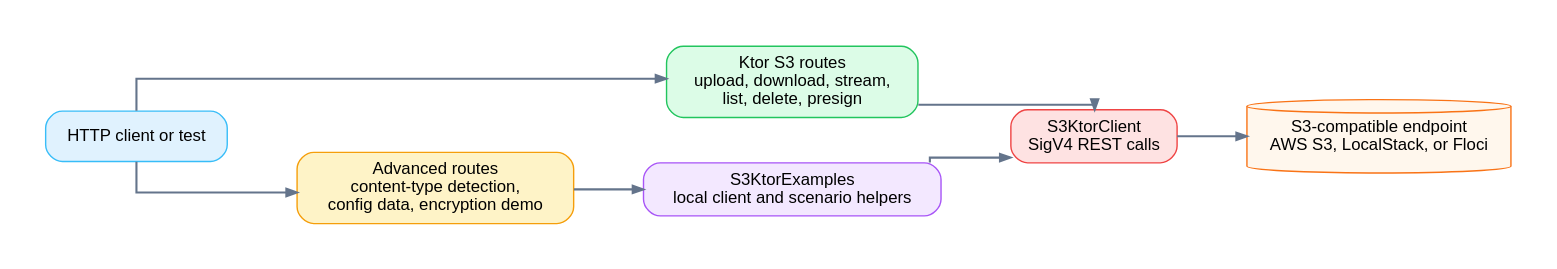
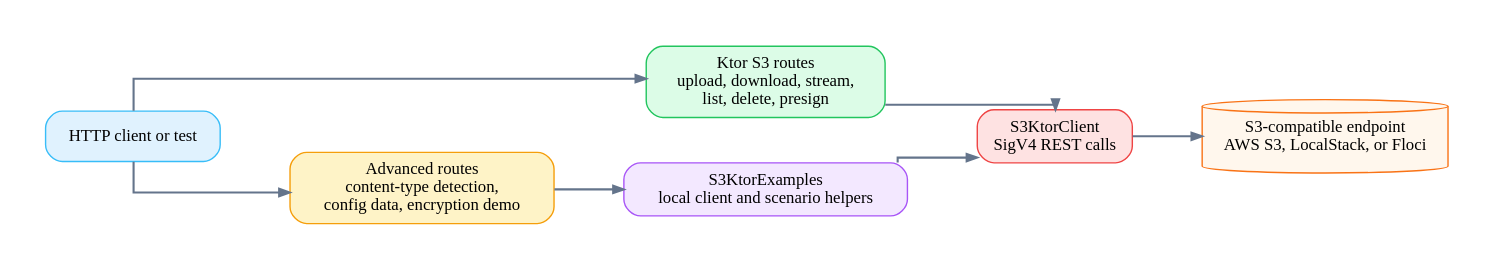
Before and after one commit to bluetape4k/bluetape4k-aws: the diagram in docs/images/readme-diagrams/examples-aws-ktor-s3-examples-architecture-01.dot, drawn with Graphviz. The commit also changed 31 other files, not shown here.

First line of the commit message:
docs: align example diagram fonts

```diff
--- a/docs/images/readme-diagrams/examples-aws-ktor-s3-examples-architecture-01.dot
+++ b/docs/images/readme-diagrams/examples-aws-ktor-s3-examples-architecture-01.dot
@@ -1,19 +1,19 @@
 digraph KtorS3ExamplesArchitecture {
   graph [rankdir=LR, bgcolor="#ffffff", pad=0.35, nodesep=0.45, ranksep=0.70, splines=ortho]
-  node [shape=box, style="rounded,filled", fontname="Helvetica", fontsize=12, margin="0.14,0.09", color="#94a3b8", fillcolor="#f8fafc"]
-  edge [fontname="Helvetica", fontsize=10, color="#64748b", penwidth=1.5, arrowsize=0.75]
+  node [shape=box, style="rounded,filled", fontname="Architects Daughter", fontsize=12, margin="0.14,0.09", color="#94a3b8", fillcolor="#f8fafc"]
+  edge [fontname="Comic Mono", fontsize=10, color="#64748b", penwidth=1.5, arrowsize=0.75]
 
   client [label="HTTP client or test", fillcolor="#e0f2fe", color="#38bdf8"]
   routes [label="Ktor S3 routes\nupload, download, stream,\nlist, delete, presign", fillcolor="#dcfce7", color="#22c55e"]
   advanced [label="Advanced routes\ncontent-type detection,\nconfig data, encryption demo", fillcolor="#fef3c7", color="#f59e0b"]
   examples [label="S3KtorExamples\nlocal client and scenario helpers", fillcolor="#f3e8ff", color="#a855f7"]
   s3client [label="S3KtorClient\nSigV4 REST calls", fillcolor="#fee2e2", color="#ef4444"]
   s3 [label="S3-compatible endpoint\nAWS S3, LocalStack, or Floci", shape=cylinder, fillcolor="#fff7ed", color="#f97316"]
 
   client -> routes
   client -> advanced
   routes -> s3client
   advanced -> examples
   examples -> s3client
   s3client -> s3
 }
```
